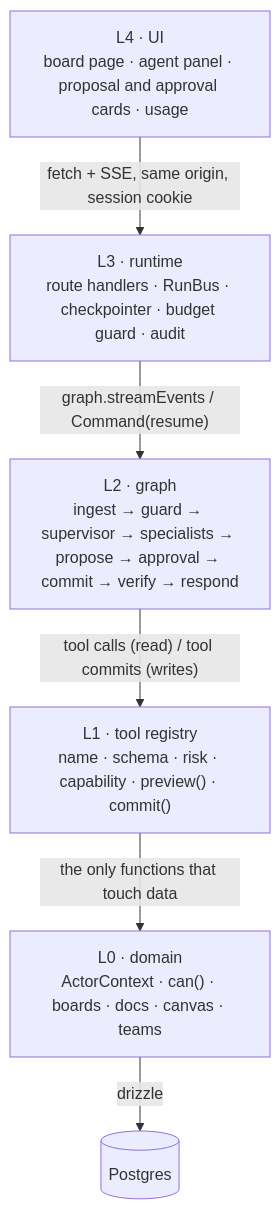
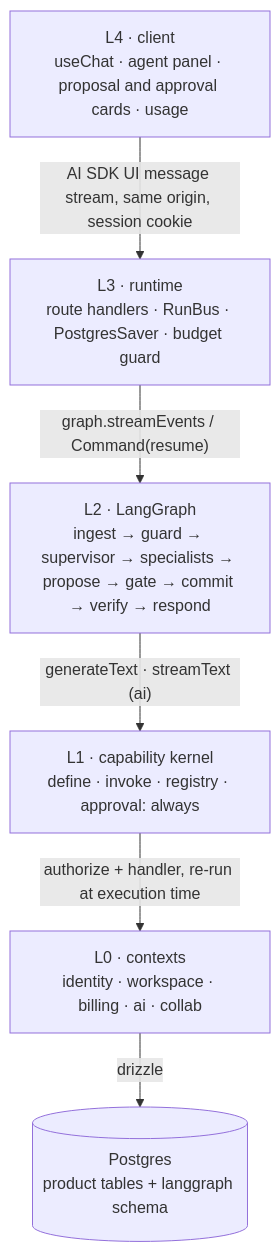
One commit to misiekhardcore/agentic-whiteboard changed the first of 2 diagrams in docs/agent-architecture.md. Above: the diagram before and after it, drawn with Mermaid. The commit also changed other lines of this file, not shown here.

First line of the commit message:
docs: make the agent spec LangGraph-native and scope the migration

````diff
--- a/docs/agent-architecture.md
+++ b/docs/agent-architecture.md
@@ -61,15 +103,15 @@
 ```mermaid
 flowchart TD
-    L4["L4 · UI<br/>board page · agent panel · proposal and approval cards · usage"]
-    L3["L3 · runtime<br/>route handlers · RunBus · checkpointer · budget guard · audit"]
-    L2["L2 · graph<br/>ingest → guard → supervisor → specialists → propose → approval → commit → verify → respond"]
-    L1["L1 · tool registry<br/>name · schema · risk · capability · preview() · commit()"]
-    L0["L0 · domain<br/>ActorContext · can() · boards · docs · canvas · teams"]
-    DB[("Postgres")]
+    L4["L4 · client<br/>useChat · agent panel · proposal and approval cards · usage"]
+    L3["L3 · runtime<br/>route handlers · RunBus · PostgresSaver · budget guard"]
+    L2["L2 · LangGraph<br/>ingest → guard → supervisor → specialists → propose → gate → commit → verify → respond"]
+    L1["L1 · capability kernel<br/>define · invoke · registry · approval: always"]
+    L0["L0 · contexts<br/>identity · workspace · billing · ai · collab"]
+    DB[("Postgres<br/>product tables + langgraph schema")]
 
-    L4 -->|"fetch + SSE, same origin, session cookie"| L3
+    L4 -->|"AI SDK UI message stream, same origin, session cookie"| L3
     L3 -->|"graph.streamEvents / Command(resume)"| L2
-    L2 -->|"tool calls (read) / tool commits (writes)"| L1
-    L1 -->|"the only functions that touch data"| L0
+    L2 -->|"generateText · streamText (ai)"| L1
+    L1 -->|"authorize + handler, re-run at execution time"| L0
     L0 -->|drizzle| DB
 ```
````
